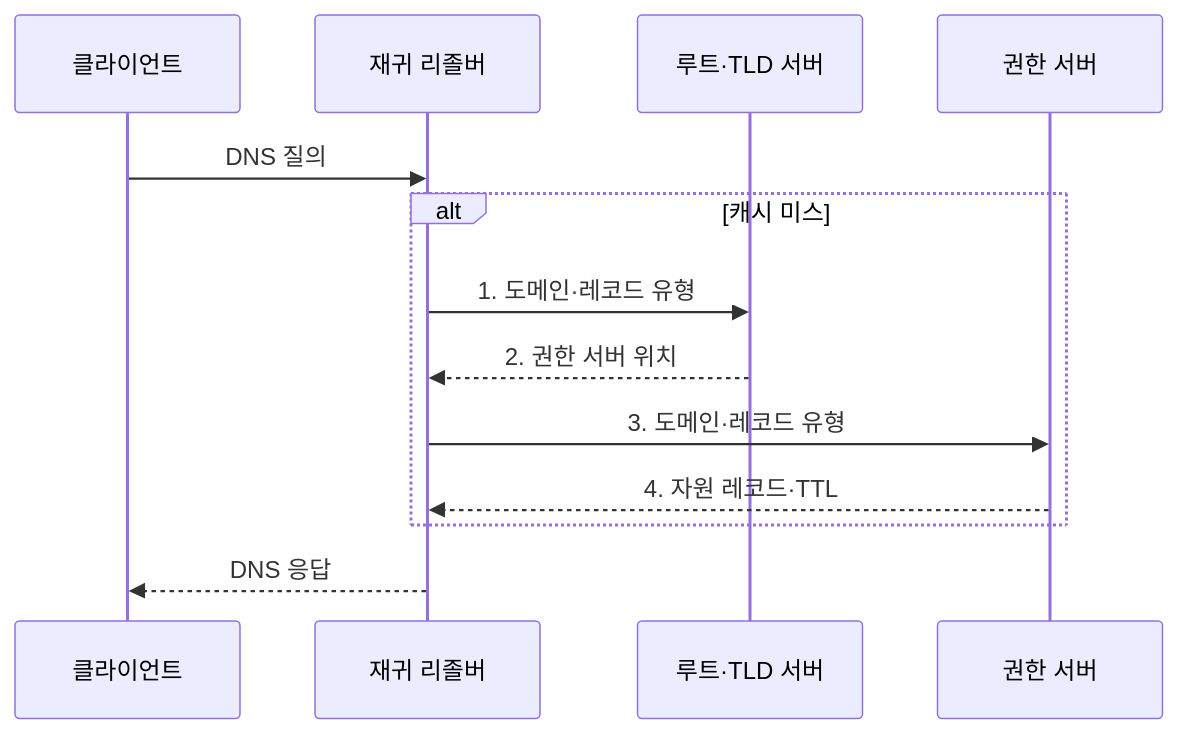
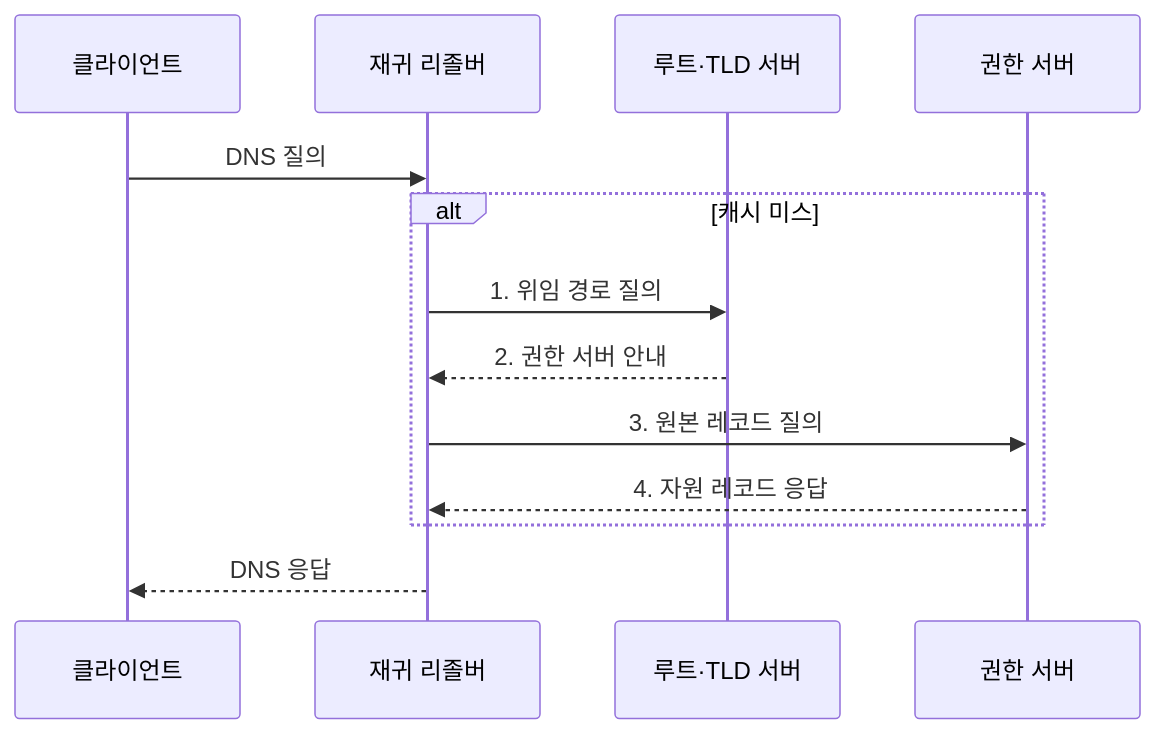
The second of 2 diagrams in src/content/docs/notes/04-network/008_dns_domain_name_system.md (agnusdei1207/knowledge-base), drawn with Mermaid before and after one commit. The commit also changed other lines of this file and 18 other files, not shown here.

````diff
--- a/src/content/docs/notes/04-network/008_dns_domain_name_system.md
+++ b/src/content/docs/notes/04-network/008_dns_domain_name_system.md
@@ -91,15 +91,15 @@
 ```mermaid
 sequenceDiagram
     participant C as 클라이언트
     participant R as 재귀 리졸버
     participant D as 루트·TLD 서버
     participant A as 권한 서버
     C->>R: DNS 질의
     alt 캐시 미스
-        R->>D: 1. 도메인·레코드 유형
-        D-->>R: 2. 권한 서버 위치
-        R->>A: 3. 도메인·레코드 유형
-        A-->>R: 4. 자원 레코드·TTL
+        R->>D: 1. 위임 경로 질의
+        D-->>R: 2. 권한 서버 안내
+        R->>A: 3. 원본 레코드 질의
+        A-->>R: 4. 자원 레코드 응답
     end
     R-->>C: DNS 응답
 ```
````
